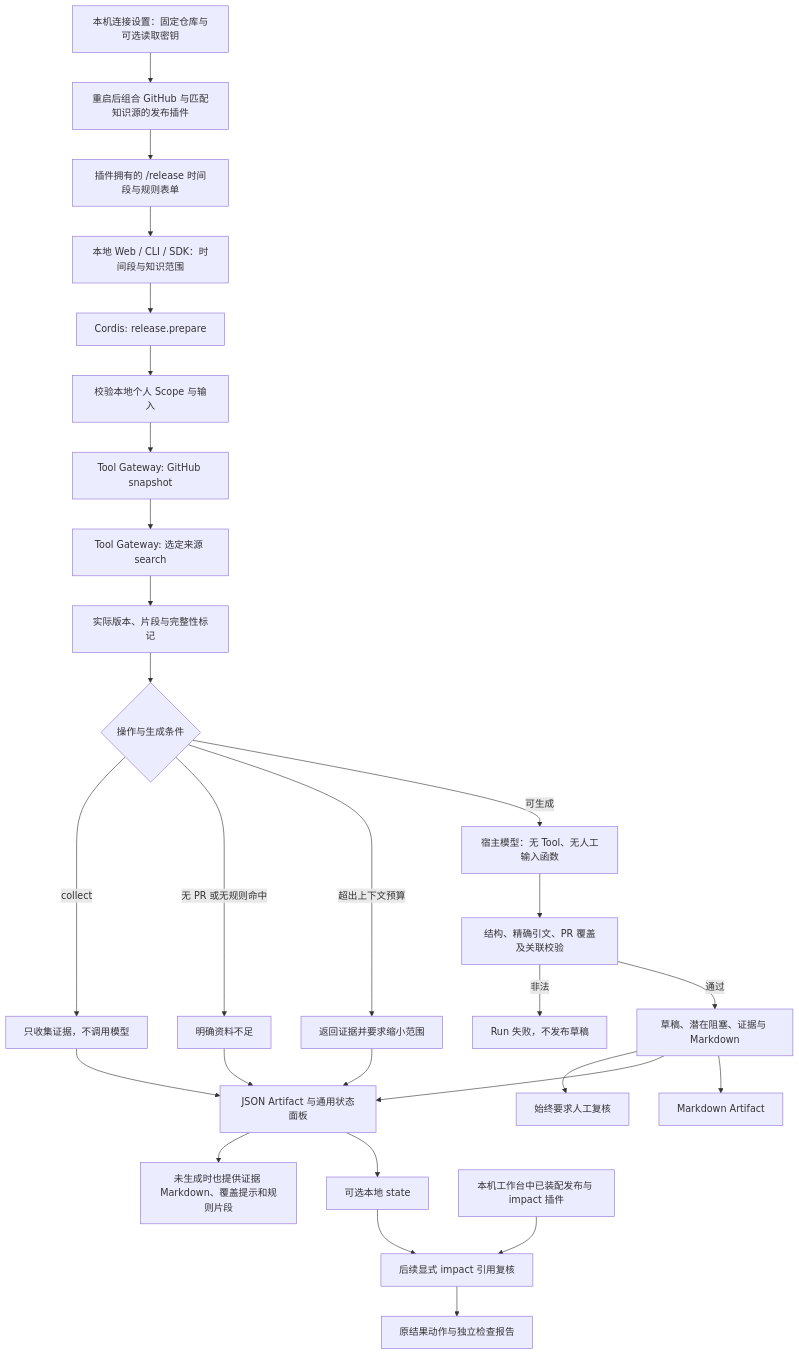
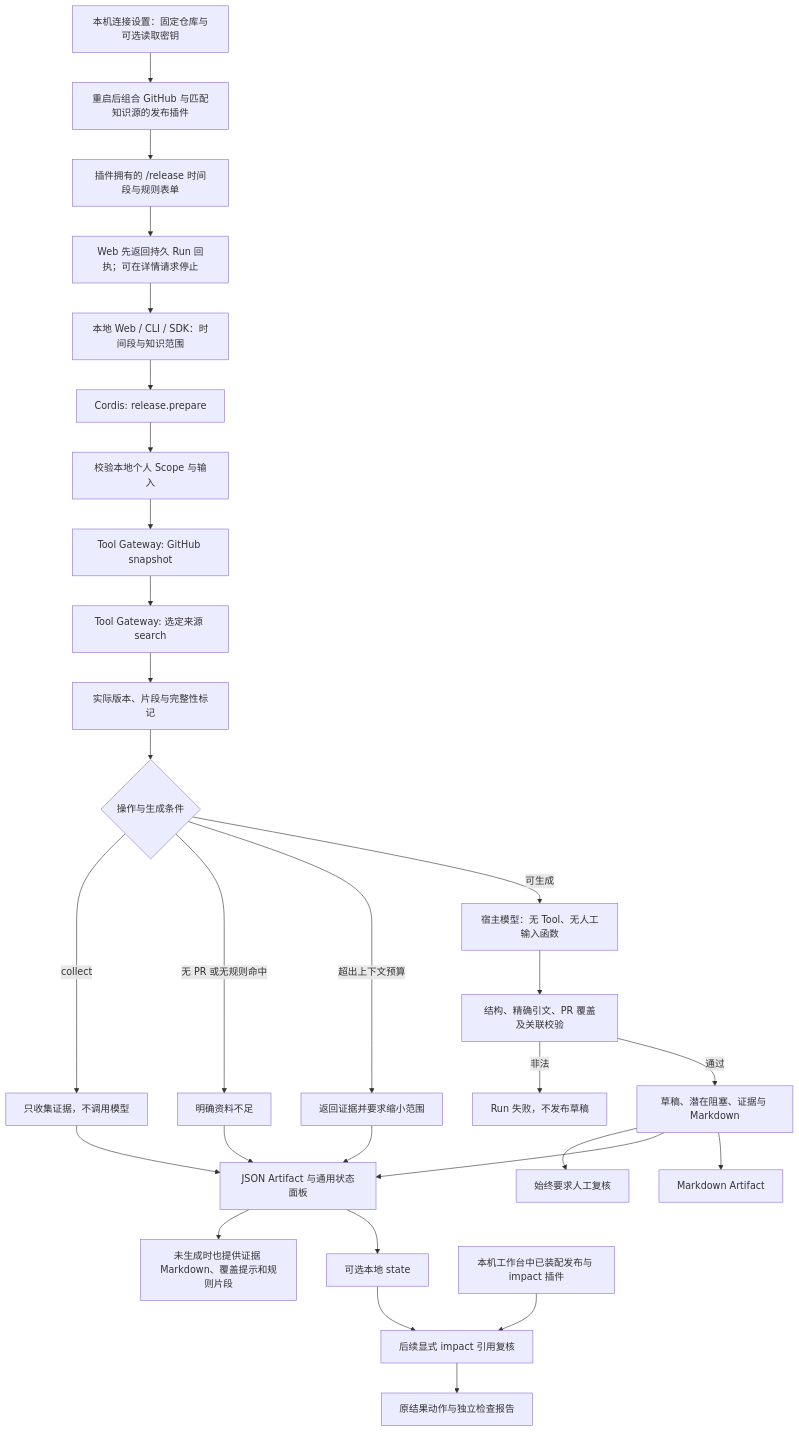
Before and after one commit to KlayPeter/AI-Delivery-Ops-Agent: the first of 3 diagrams in backend/src/domains/release/FEATURE.md, drawn with Mermaid. The commit also changed other lines of this file and 29 other files, not shown here.

````diff
--- a/backend/src/domains/release/FEATURE.md
+++ b/backend/src/domains/release/FEATURE.md
@@ -22,30 +22,31 @@
 ```mermaid
 flowchart TD
     UISET[本机连接设置：固定仓库与可选读取密钥] --> BOOT[重启后组合 GitHub 与匹配知识源的发布插件]
     BOOT --> PAGE[插件拥有的 /release 时间段与规则表单]
-    PAGE --> U[本地 Web / CLI / SDK：时间段与知识范围]
+    PAGE --> ACK[Web 先返回持久 Run 回执；可在详情请求停止]
+    ACK --> U[本地 Web / CLI / SDK：时间段与知识范围]
     U --> P[Cordis: release.prepare]
     P --> V[校验本地个人 Scope 与输入]
     V --> G[Tool Gateway: GitHub snapshot]
     G --> K[Tool Gateway: 选定来源 search]
     K --> E[实际版本、片段与完整性标记]
     E --> C{操作与生成条件}
     C -- collect --> O[只收集证据，不调用模型]
     C -- 无 PR 或无规则命中 --> I[明确资料不足]
     C -- 超出上下文预算 --> R[返回证据并要求缩小范围]
     C -- 可生成 --> M[宿主模型：无 Tool、无人工输入函数]
     M --> A[结构、精确引文、PR 覆盖及关联校验]
     A -- 非法 --> F[Run 失败，不发布草稿]
     A -- 通过 --> D[草稿、潜在阻塞、证据与 Markdown]
     D --> H[始终要求人工复核]
     O --> J[JSON Artifact 与通用状态面板]
     I --> J
     R --> J
     J --> EMD[未生成时也提供证据 Markdown、覆盖提示和规则片段]
     D --> J
     D --> MD[Markdown Artifact]
     J --> ST[可选本地 state]
     ST --> IC[后续显式 impact 引用复核]
     UI[本机工作台中已装配发布与 impact 插件] --> IC
     IC --> VIEW[原结果动作与独立检查报告]
 ```
````
